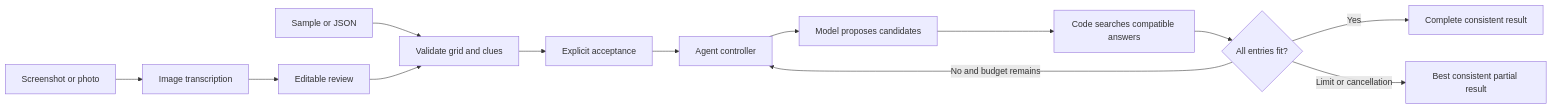
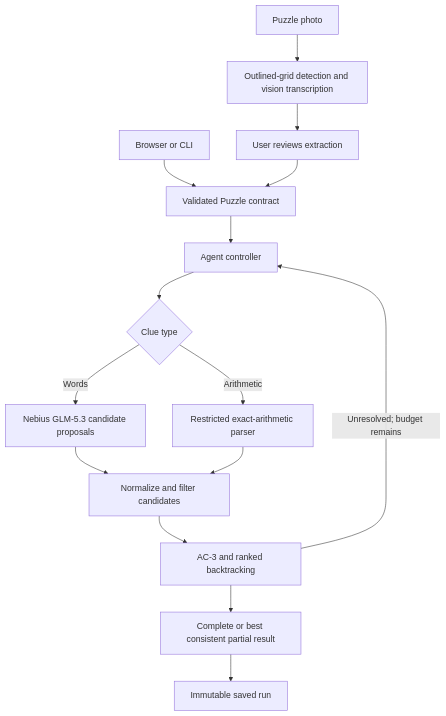
Before and after one commit to sameersin/crosscheck-crossword-agent: the first of 2 diagrams in docs/ARCHITECTURE.md, drawn with Mermaid. The commit also changed other lines of this file and 118 other files, not shown here.

````diff
--- a/docs/ARCHITECTURE.md
+++ b/docs/ARCHITECTURE.md
@@ -13,15 +7,17 @@
 ```mermaid
-flowchart LR
-    S[Sample or JSON] --> V[Validate grid and clues]
-    I[Screenshot or photo] --> X[Image transcription]
-    X --> R[Editable review]
-    R --> V
-    V --> A[Explicit acceptance]
-    A --> C[Agent controller]
-    C --> L[Model proposes candidates]
-    L --> Q[Code searches compatible answers]
-    Q --> D{All entries fit?}
-    D -->|Yes| O[Complete consistent result]
-    D -->|No and budget remains| C
-    D -->|Limit or cancellation| P[Best consistent partial result]
+flowchart TD
+    UI[Browser or CLI] --> INPUT[Validated Puzzle contract]
+    PHOTO[Puzzle photo] --> CV[Outlined-grid detection and vision transcription]
+    CV --> REVIEW[User reviews extraction]
+    REVIEW --> INPUT
+    INPUT --> AGENT[Agent controller]
+    AGENT --> KIND{Clue type}
+    KIND -->|Words| LLM[Nebius GLM-5.3 candidate proposals]
+    KIND -->|Arithmetic| MATH[Restricted exact-arithmetic parser]
+    LLM --> FILTER[Normalize and filter candidates]
+    MATH --> FILTER
+    FILTER --> SEARCH[AC-3 and ranked backtracking]
+    SEARCH -->|Unresolved; budget remains| AGENT
+    SEARCH --> RESULT[Complete or best consistent partial result]
+    RESULT --> STORE[Immutable saved run]
 ```
````
